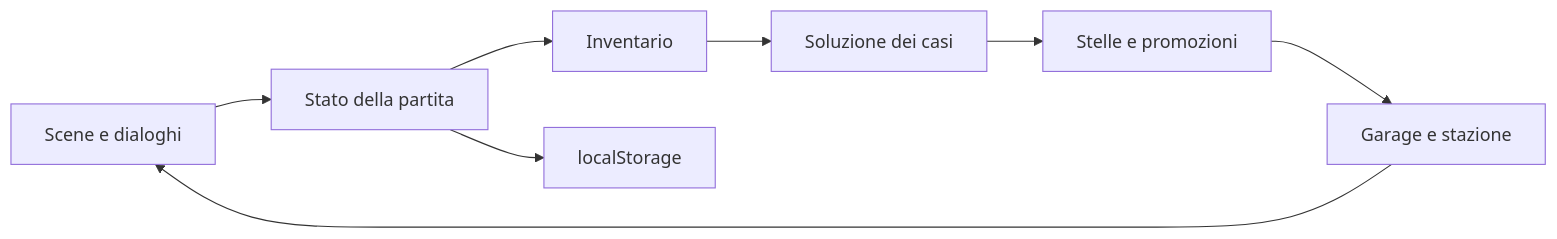
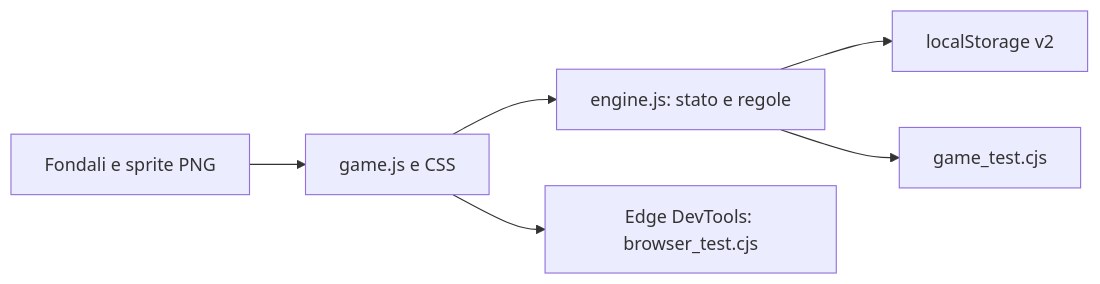
The diagram in README.md (albertogiacomel/AgentPippo), drawn with Mermaid before and after one commit. The commit also changed other lines of this file and 16 other files, not shown here.

````diff
--- a/README.md
+++ b/README.md
@@ -9,10 +37,8 @@
 ```mermaid
 flowchart LR
- Scene[Scene e dialoghi] --> State[Stato della partita]
- State --> Inventory[Inventario]
- Inventory --> Cases[Soluzione dei casi]
- Cases --> Stars[Stelle e promozioni]
- Stars --> Shop[Garage e stazione]
- Shop --> Scene
- State --> Storage[localStorage]
+ Art[Fondali e sprite PNG] --> UI[game.js e CSS]
+ UI --> Engine[engine.js: stato e regole]
+ Engine --> Save[localStorage v2]
+ Engine --> Tests[game_test.cjs]
+ UI --> Browser[Edge DevTools: browser_test.cjs]
 ```
````
